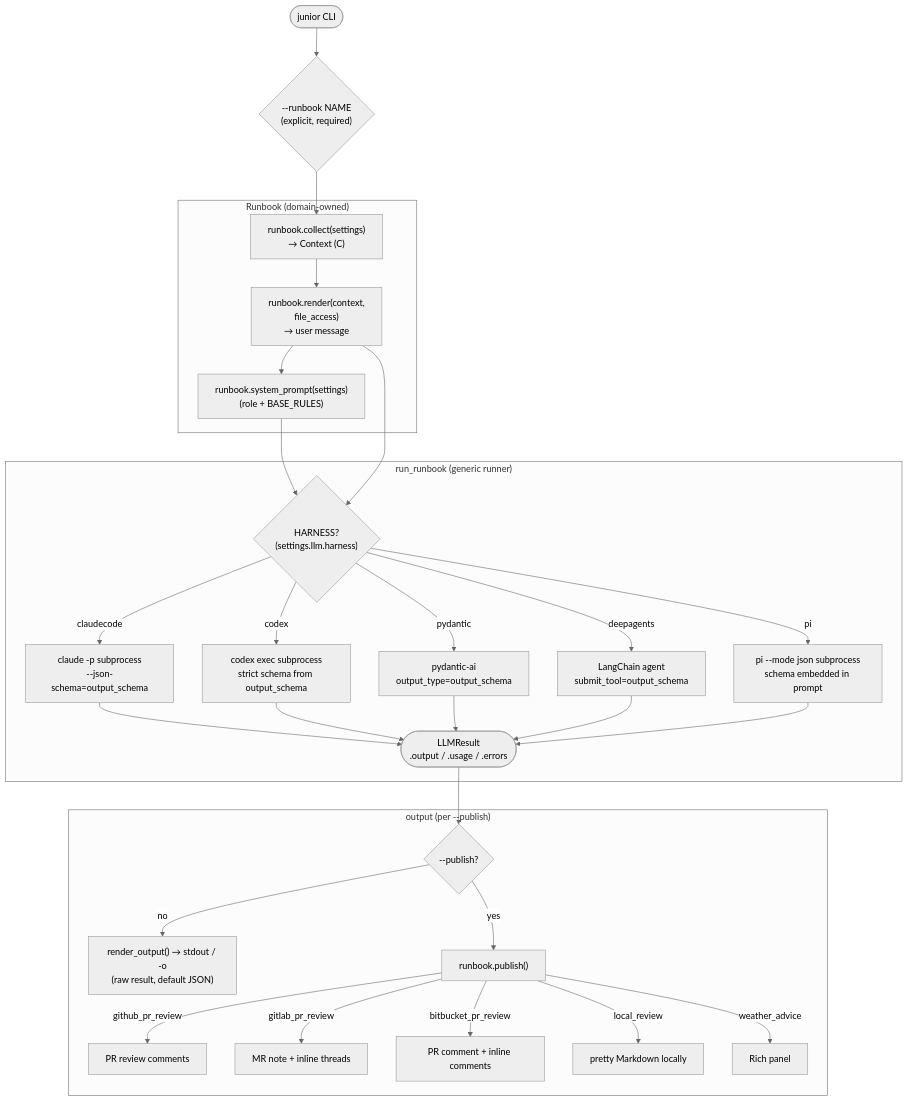
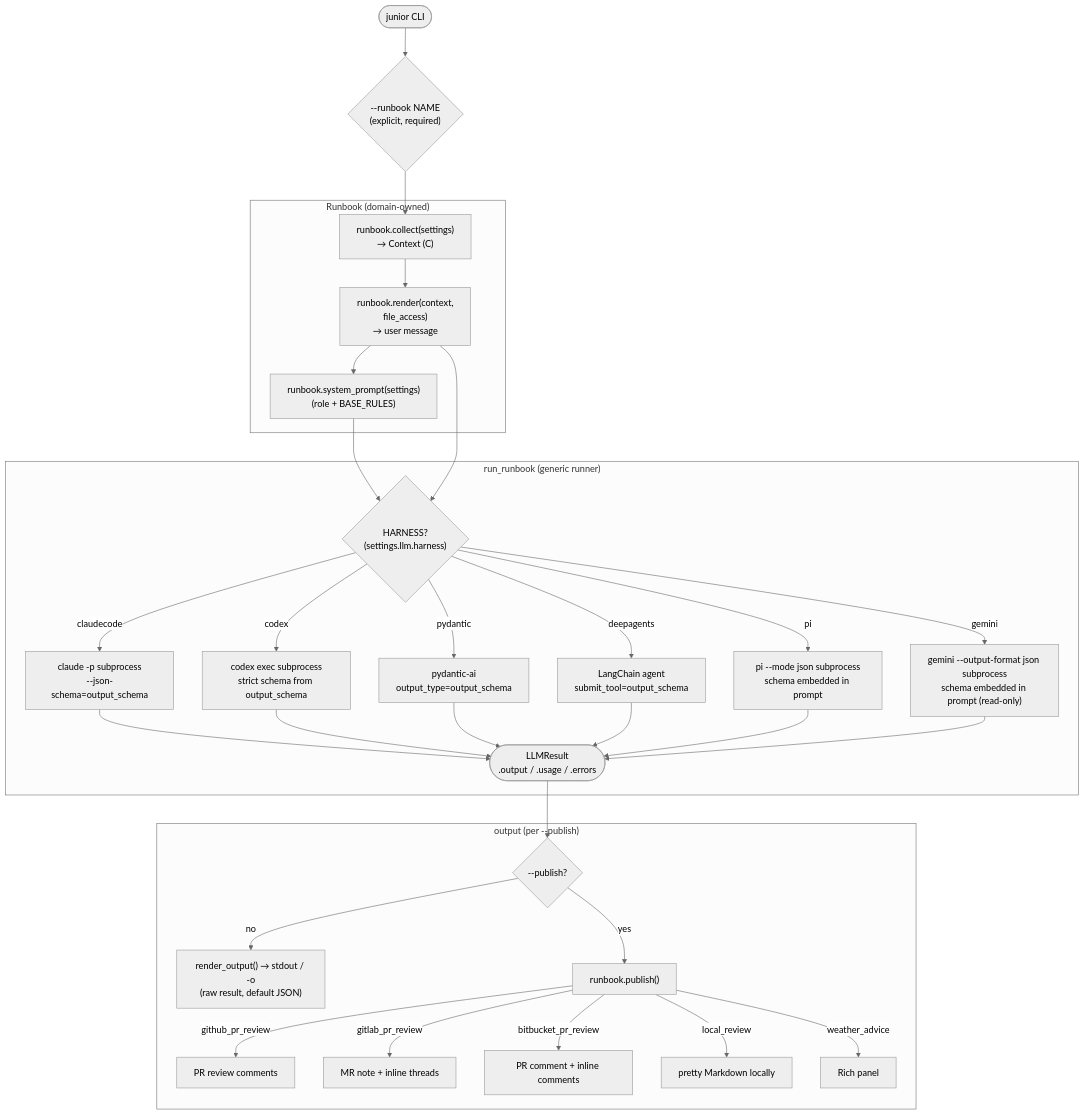
One commit to mishachepi/junior changed the second of 2 diagrams in docs-site/src/content/docs/architecture.md. Above: the diagram before and after it, drawn with Mermaid (neutral theme). The commit also changed other lines of this file and 14 other files, not shown here.

````diff
--- a/docs-site/src/content/docs/architecture.md
+++ b/docs-site/src/content/docs/architecture.md
@@ -48,36 +49,37 @@
 ```mermaid
 flowchart TD
     A([junior CLI]) --> SEL{"--runbook NAME\n(explicit, required)"}
     SEL --> B
 
     subgraph PL["Runbook (domain-owned)"]
         B["runbook.collect(settings)\n→ Context (C)"] --> R["runbook.render(context,\nfile_access)\n→ user message"]
         R --> SP["runbook.system_prompt(settings)\n(role + BASE_RULES)"]
     end
 
     SP --> ENG
     R --> ENG
 
     subgraph RUN["run_runbook (generic runner)"]
         ENG{"HARNESS?\n(settings.llm.harness)"}
         ENG -->|claudecode| Q2["claude -p subprocess\n--json-schema=output_schema"]
         ENG -->|codex| Q["codex exec subprocess\nstrict schema from output_schema"]
         ENG -->|pydantic| P["pydantic-ai\noutput_type=output_schema"]
         ENG -->|deepagents| D["LangChain agent\nsubmit_tool=output_schema"]
         ENG -->|pi| PI["pi --mode json subprocess\nschema embedded in prompt"]
-        Q2 & Q & P & D & PI --> LR([LLMResult\n.output / .usage / .errors])
+        ENG -->|gemini| GM["gemini --output-format json subprocess\nschema embedded in prompt (read-only)"]
+        Q2 & Q & P & D & PI & GM --> LR([LLMResult\n.output / .usage / .errors])
     end
 
     LR --> OUT
 
     subgraph PB["output (per --publish)"]
         OUT{"--publish?"}
         OUT -->|"no"| RAW["render_output() → stdout / -o\n(raw result, default JSON)"]
         OUT -->|"yes"| PUB["runbook.publish()"]
         PUB -->|github_pr_review| X[PR review comments]
         PUB -->|gitlab_pr_review| W[MR note + inline threads]
         PUB -->|bitbucket_pr_review| BB[PR comment + inline comments]
         PUB -->|local_review| MD[pretty Markdown locally]
         PUB -->|weather_advice| RICH[Rich panel]
     end
 ```
````
